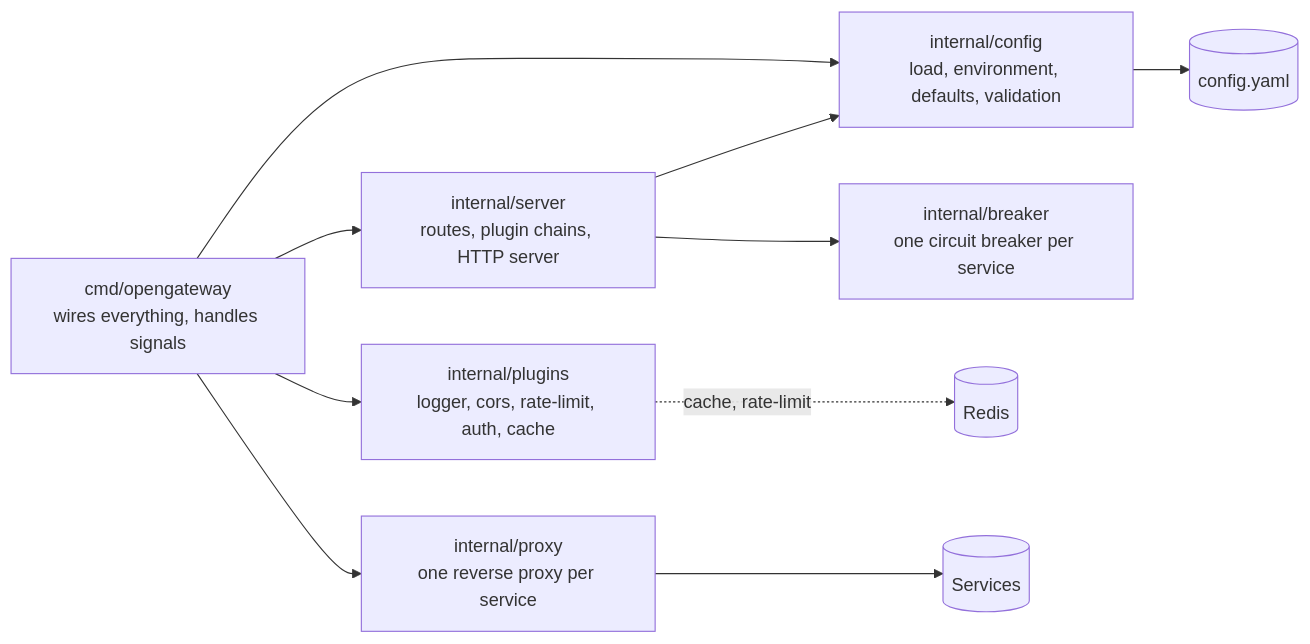
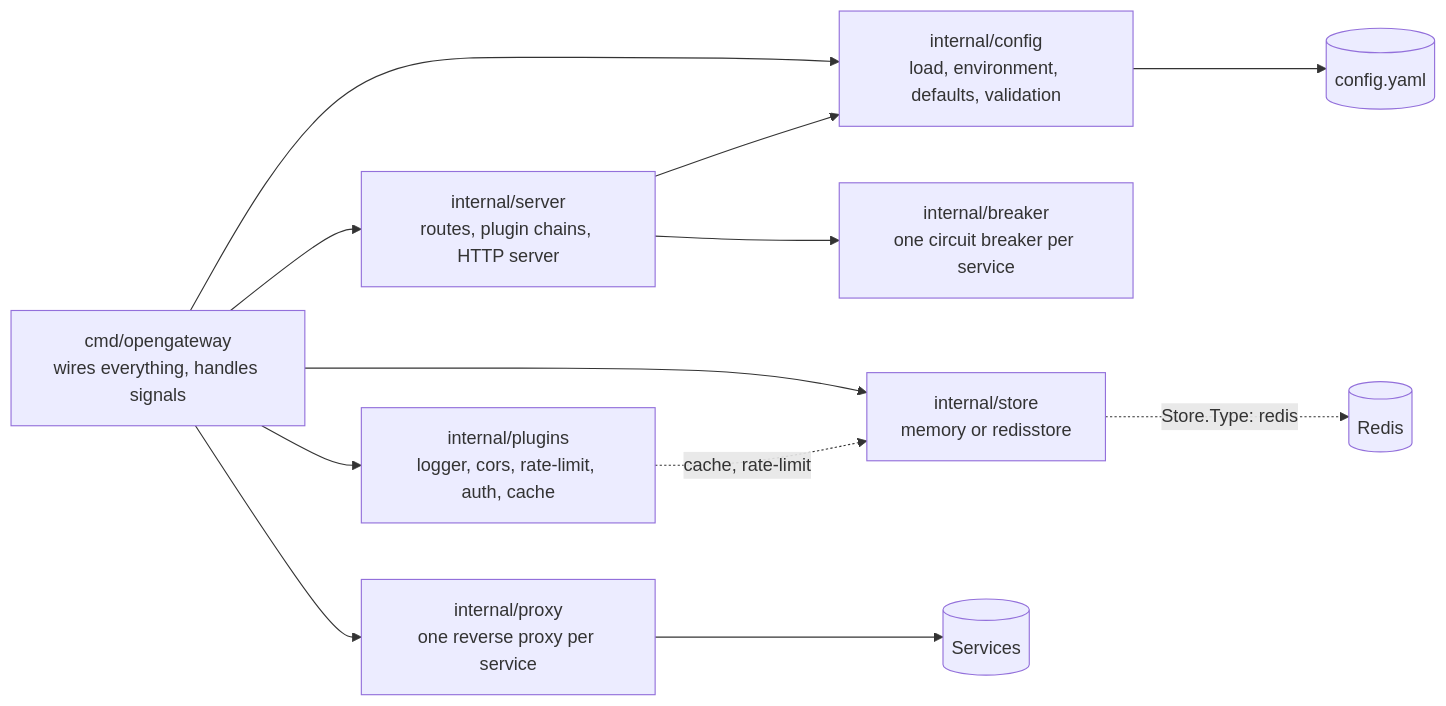
Before and after one commit to lucdoe/opengateway: the first of 2 diagrams in docs/README.md, drawn with Mermaid. The commit also changed other lines of this file and 21 other files, not shown here.

First line of the commit message:
let the config choose the store: memory by default, redis optional

````diff
--- a/docs/README.md
+++ b/docs/README.md
@@ -23,21 +23,24 @@
 ```mermaid
 flowchart LR
     main["cmd/opengateway<br/>wires everything, handles signals"]
     config["internal/config<br/>load, environment, defaults, validation"]
     server["internal/server<br/>routes, plugin chains, HTTP server"]
     breaker["internal/breaker<br/>one circuit breaker per service"]
     proxy["internal/proxy<br/>one reverse proxy per service"]
     plugins["internal/plugins<br/>logger, cors, rate-limit, auth, cache"]
+    store["internal/store<br/>memory or redisstore"]
     yaml[("config.yaml")]
     redis[("Redis")]
     upstream[("Services")]
 
     main --> config --> yaml
     main --> plugins
+    main --> store
     main --> server
     main --> proxy
     server --> config
     server --> breaker
-    plugins -.->|"cache, rate-limit"| redis
+    plugins -.->|"cache, rate-limit"| store
+    store -.->|"Store.Type: redis"| redis
     proxy --> upstream
 ```
````
